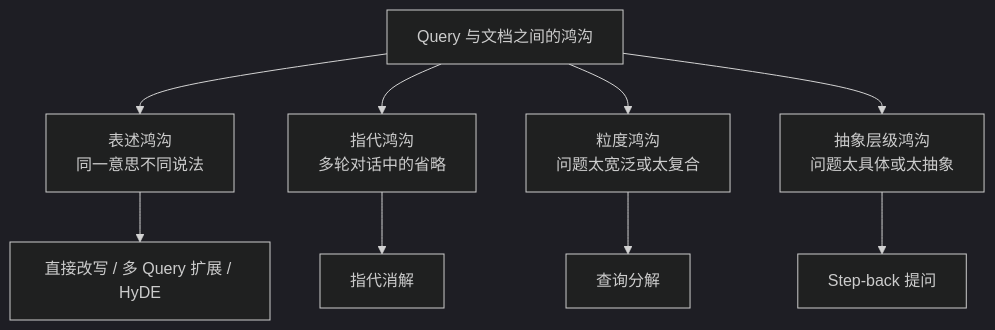
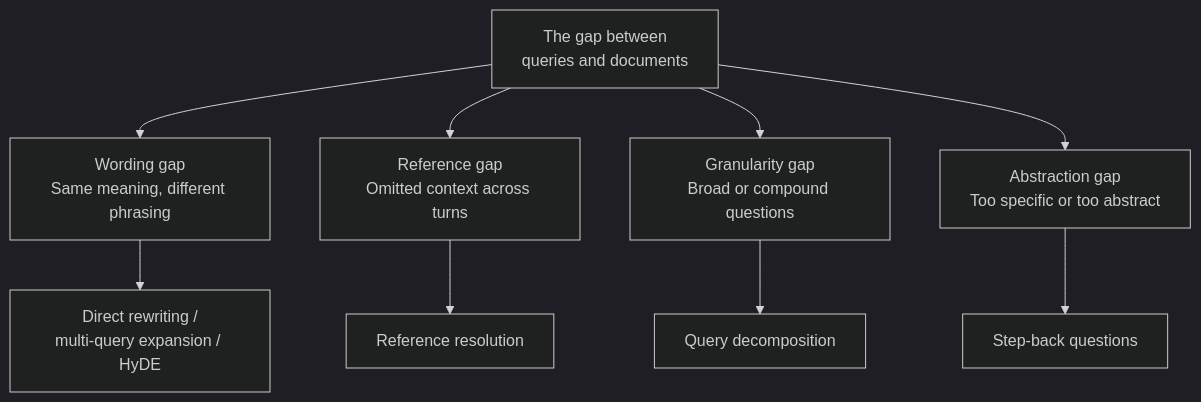
One commit to oneleaveknowsthefall/awesome-ai-roadmap changed the first of 2 diagrams in docs/rag/03-retrieval/12-query-rewriting.md. Above: the diagram before and after it, drawn with Mermaid (dark theme). The commit also changed other lines of this file and 60 other files, not shown here.

````diff
--- a/docs/rag/03-retrieval/12-query-rewriting.md
+++ b/docs/rag/03-retrieval/12-query-rewriting.md
@@ -20,12 +20,12 @@
 ```mermaid
 flowchart TB
-    G[Query 与文档之间的鸿沟] --> G1[表述鸿沟<br/>同一意思不同说法]
-    G --> G2[指代鸿沟<br/>多轮对话中的省略]
-    G --> G3[粒度鸿沟<br/>问题太宽泛或太复合]
-    G --> G4[抽象层级鸿沟<br/>问题太具体或太抽象]
+    G[The gap between<br/>queries and documents] --> G1[Wording gap<br/>Same meaning, different phrasing]
+    G --> G2[Reference gap<br/>Omitted context across turns]
+    G --> G3[Granularity gap<br/>Broad or compound questions]
+    G --> G4[Abstraction gap<br/>Too specific or too abstract]
 
-    G1 --> M1[直接改写 / 多 Query 扩展 / HyDE]
-    G2 --> M2[指代消解]
-    G3 --> M3[查询分解]
-    G4 --> M4[Step-back 提问]
+    G1 --> M1[Direct rewriting /<br/>multi-query expansion / HyDE]
+    G2 --> M2[Reference resolution]
+    G3 --> M3[Query decomposition]
+    G4 --> M4[Step-back questions]
 ```
````
